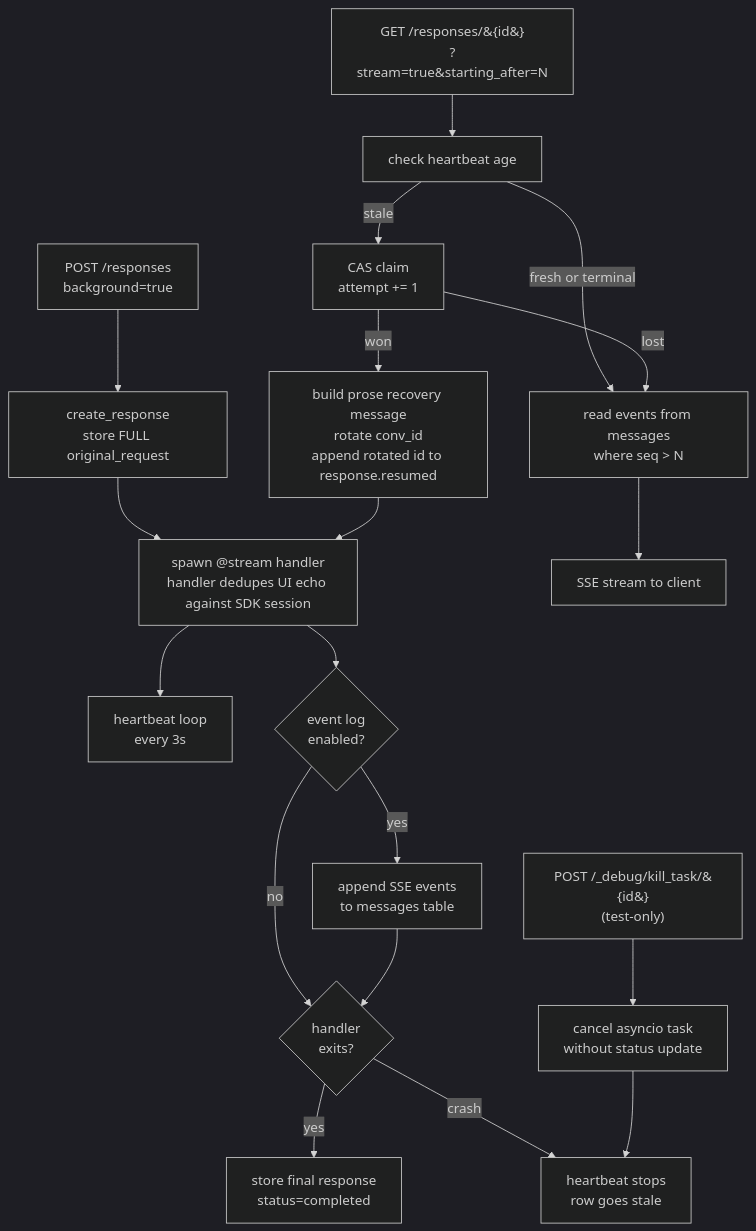
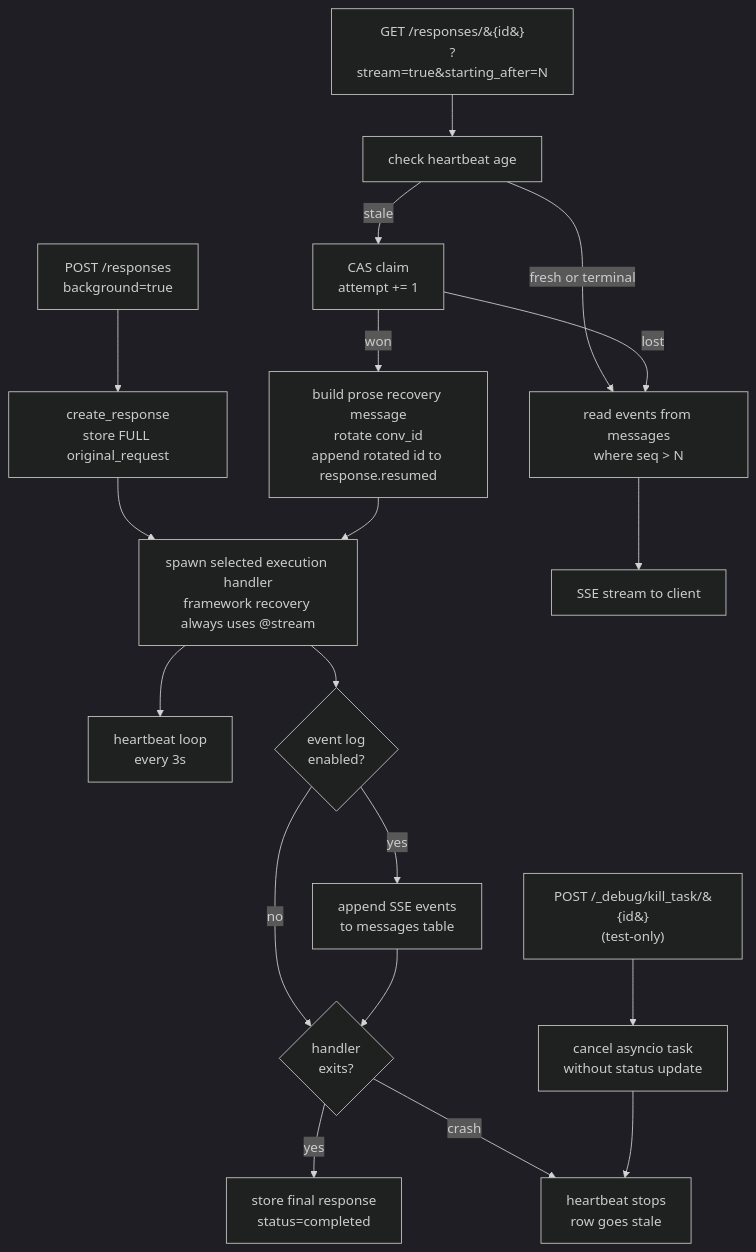
One commit to databricks/databricks-ai-bridge changed the sixth of 10 diagrams in src/databricks_ai_bridge/long_running/AGENTS.md. Above: the diagram before and after it, drawn with Mermaid (dark theme). The commit also changed other lines of this file and 7 other files, not shown here.

Commit message:
Require stream handler for framework recovery

````diff
--- a/src/databricks_ai_bridge/long_running/AGENTS.md
+++ b/src/databricks_ai_bridge/long_running/AGENTS.md
@@ -260,23 +263,23 @@
 ```mermaid
 flowchart TD
     POST["POST /responses<br/>background=true"] --> CR[create_response<br/>store FULL original_request]
-    CR --> SPAWN[spawn @stream handler<br/>handler dedupes UI echo against SDK session]
+    CR --> SPAWN[spawn selected execution handler<br/>framework recovery always uses @stream]
     SPAWN --> HB[heartbeat loop<br/>every 3s]
     SPAWN --> EMIT{event log<br/>enabled?}
     EMIT -->|yes| APPEND[append SSE events<br/>to messages table]
     EMIT -->|no| DONE
     APPEND --> DONE{handler<br/>exits?}
     DONE -- yes --> COMPLETE[store final response<br/>status=completed]
     DONE -- crash --> STALE[heartbeat stops<br/>row goes stale]
 
     GET["GET /responses/&#123;id&#125;<br/>?stream=true&starting_after=N"] --> CHECK[check heartbeat age]
     CHECK -->|fresh or terminal| READ[read events from messages<br/>where seq > N]
     CHECK -->|stale| CLAIM[CAS claim<br/>attempt += 1]
     CLAIM -->|won| BUILD[build prose recovery message<br/>rotate conv_id<br/>append rotated id to response.resumed]
     CLAIM -->|lost| READ
     BUILD --> SPAWN
     READ --> STREAM[SSE stream to client]
 
     KILL["POST /_debug/kill_task/&#123;id&#125;<br/>(test-only)"] --> CANCEL[cancel asyncio task<br/>without status update]
     CANCEL --> STALE
 ```
````
